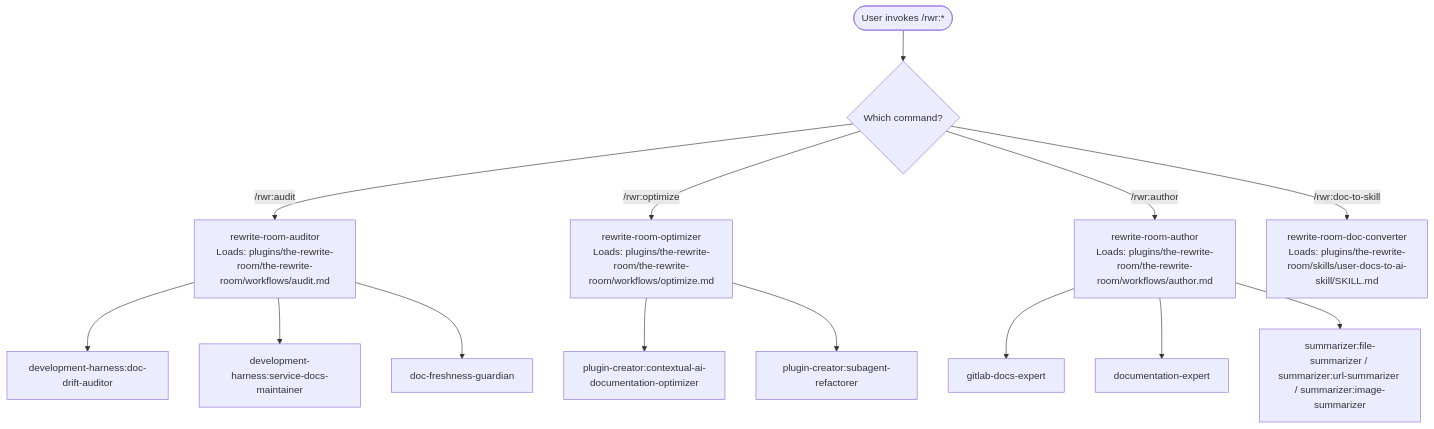
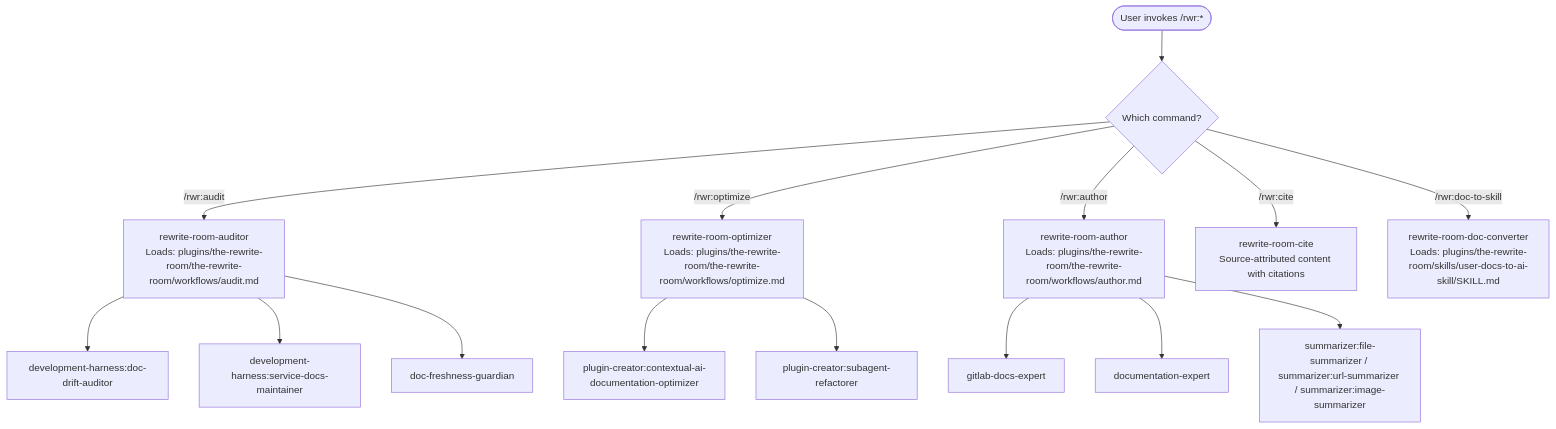
Before and after one commit to chgreer1070/claude_skills: the first of 2 diagrams in plugins/the-rewrite-room/skills/the-rewrite-room/SKILL.md, drawn with Mermaid. The commit also changed other lines of this file and 4 other files, not shown here.

First line of the commit message:
feat: integrate citation-strategist into the-rewrite-room plugin as /rwr:cite

````diff
--- a/plugins/the-rewrite-room/skills/the-rewrite-room/SKILL.md
+++ b/plugins/the-rewrite-room/skills/the-rewrite-room/SKILL.md
@@ -31,16 +32,17 @@
 ```mermaid
 flowchart TD
     User([User invokes /rwr:*]) --> Q{Which command?}
     Q -->|/rwr:audit| Audit[rewrite-room-auditor\nLoads: plugins/the-rewrite-room/the-rewrite-room/workflows/audit.md]
     Q -->|/rwr:optimize| Opt[rewrite-room-optimizer\nLoads: plugins/the-rewrite-room/the-rewrite-room/workflows/optimize.md]
     Q -->|/rwr:author| Auth[rewrite-room-author\nLoads: plugins/the-rewrite-room/the-rewrite-room/workflows/author.md]
+    Q -->|/rwr:cite| Cite[rewrite-room-cite<br>Source-attributed content with citations]
     Q -->|/rwr:doc-to-skill| DocSkill[rewrite-room-doc-converter<br>Loads: plugins/the-rewrite-room/skills/user-docs-to-ai-skill/SKILL.md]
     Audit --> A1[development-harness:doc-drift-auditor]
     Audit --> A2[development-harness:service-docs-maintainer]
     Audit --> A3[doc-freshness-guardian]
     Opt --> O1[plugin-creator:contextual-ai-documentation-optimizer]
     Opt --> O2[plugin-creator:subagent-refactorer]
     Auth --> B1[gitlab-docs-expert]
     Auth --> B2[documentation-expert]
     Auth --> B3[summarizer:file-summarizer / summarizer:url-summarizer / summarizer:image-summarizer]
 ```
````
